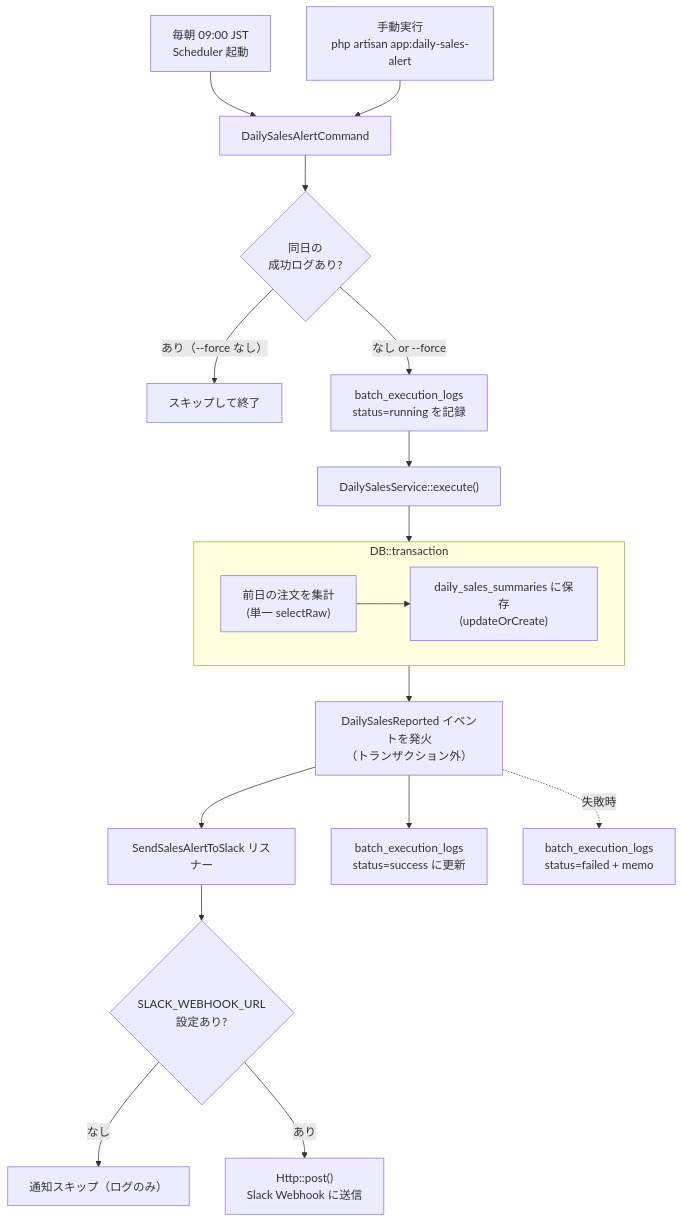
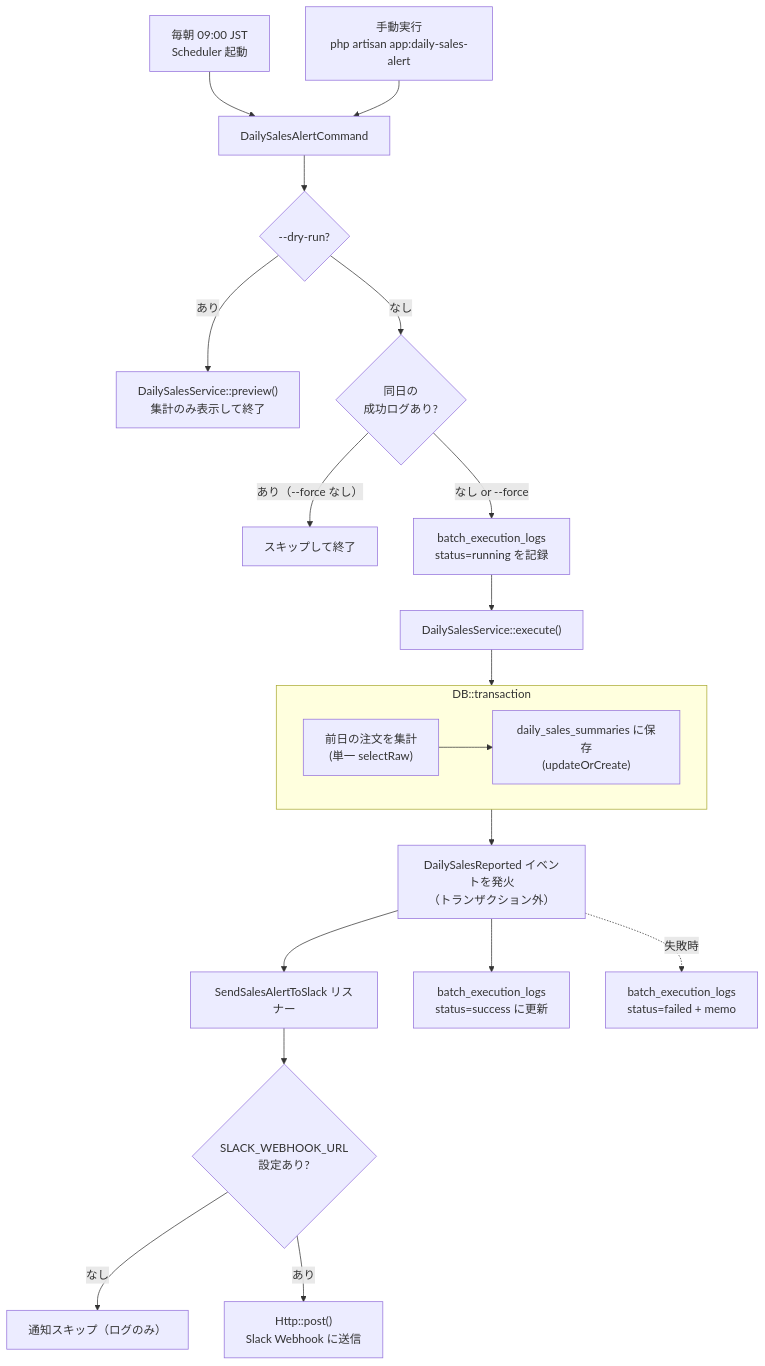
The third of 4 diagrams in README.md (tetsushi-k/laravel-batch), drawn with Mermaid before and after one commit. The commit also changed other lines of this file and 3 other files, not shown here.

First line of the commit message:
feat: 日次売上アラートに dry-run オプションを追加

````diff
--- a/README.md
+++ b/README.md
@@ -161,26 +162,28 @@
 ```mermaid
 flowchart TD
     Trigger2["毎朝 09:00 JST<br/>Scheduler 起動"] --> Cmd2
     Manual2["手動実行<br/>php artisan app:daily-sales-alert"] --> Cmd2
 
-    Cmd2["DailySalesAlertCommand"] --> Idem2{"同日の<br/>成功ログあり?"}
+    Cmd2["DailySalesAlertCommand"] --> Dry{"--dry-run?"}
+    Dry -- "あり" --> Preview["DailySalesService::preview()<br/>集計のみ表示して終了"]
+    Dry -- "なし" --> Idem2{"同日の<br/>成功ログあり?"}
     Idem2 -- "あり（--force なし）" --> Skip2["スキップして終了"]
     Idem2 -- "なし or --force" --> RunLog2["batch_execution_logs<br/>status=running を記録"]
 
     RunLog2 --> Service2["DailySalesService::execute()"]
 
     subgraph Tx2["DB::transaction"]
         Aggregate2["前日の注文を集計<br/>(単一 selectRaw)"] --> Save2["daily_sales_summaries に保存<br/>(updateOrCreate)"]
     end
 
     Service2 --> Tx2
     Tx2 --> Event["DailySalesReported イベントを発火<br/>（トランザクション外）"]
 
     Event --> Listener["SendSalesAlertToSlack リスナー"]
     Listener --> WebhookCheck{"SLACK_WEBHOOK_URL<br/>設定あり?"}
     WebhookCheck -- "なし" --> SkipSlack["通知スキップ（ログのみ）"]
     WebhookCheck -- "あり" --> SlackPost["Http::post()<br/>Slack Webhook に送信"]
 
     Event --> SuccessLog2["batch_execution_logs<br/>status=success に更新"]
     Event -.失敗時.-> FailLog2["batch_execution_logs<br/>status=failed + memo"]
 ```
````
